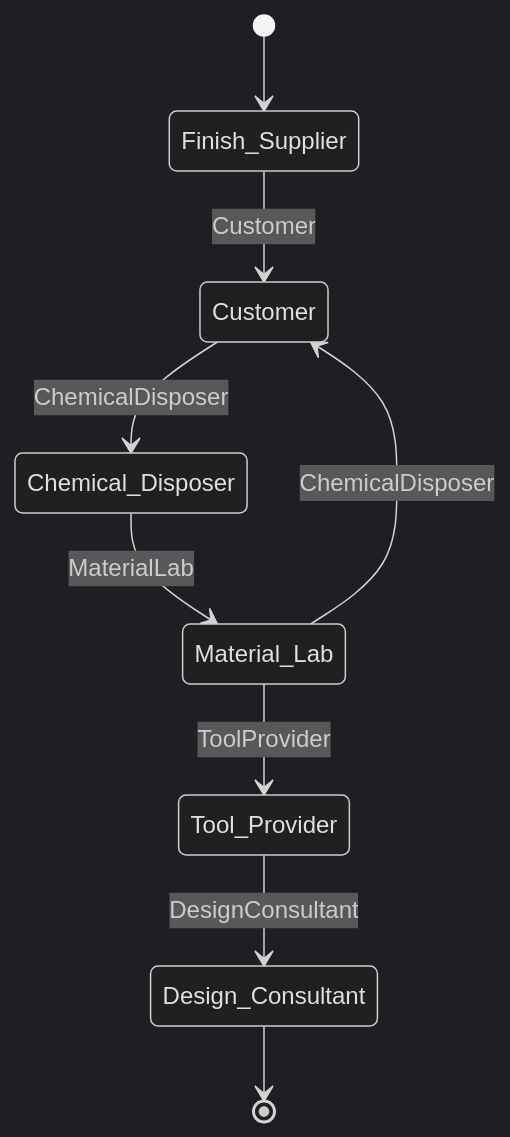
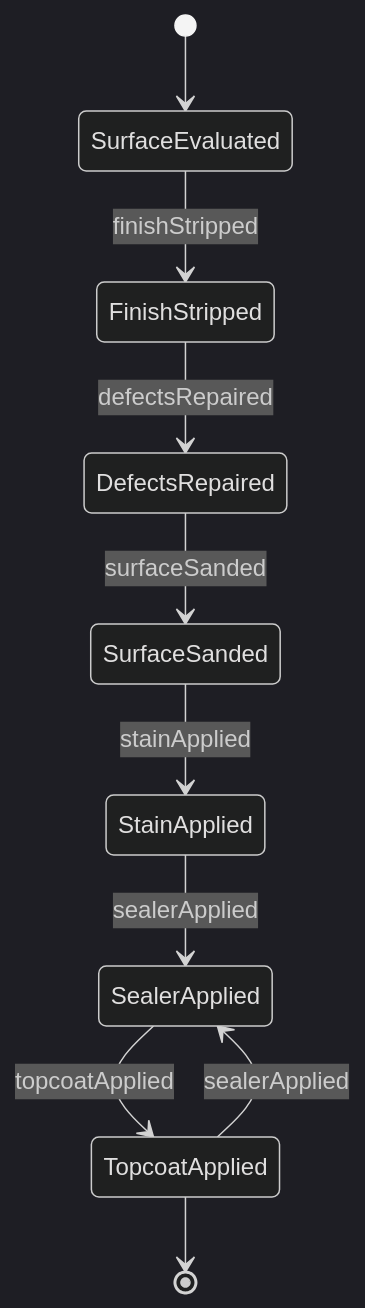
One commit to dot-org-ai/tasks.org.ai changed the second of 4 diagrams in HandlingAndMovingObjects/ApplyProtectiveSolutionsOrCoatings/RefinishWoodMetalSurfaces.mdx. Above: the diagram before and after it, drawn with Mermaid (dark theme). The commit also changed other lines of this file and 40 other files, not shown here.

First line of the commit message:
fix: Replace Actor-based ER and State diagrams with Entity/Event-based diagrams in 41 HandlingAndMovingObjects DWA files

````diff
--- a/HandlingAndMovingObjects/ApplyProtectiveSolutionsOrCoatings/RefinishWoodMetalSurfaces.mdx
+++ b/HandlingAndMovingObjects/ApplyProtectiveSolutionsOrCoatings/RefinishWoodMetalSurfaces.mdx
@@ -101,11 +99,12 @@
 ```mermaid
 stateDiagram-v2
-    [*] --> Finish_Supplier
-    Finish_Supplier --> Customer: Customer
-    Customer --> Chemical_Disposer: ChemicalDisposer
-    Chemical_Disposer --> Material_Lab: MaterialLab
-    Material_Lab --> Tool_Provider: ToolProvider
-    Tool_Provider --> Design_Consultant: DesignConsultant
-    Material_Lab --> Customer: ChemicalDisposer
-    Design_Consultant --> [*]
+    [*] --> SurfaceEvaluated
+    SurfaceEvaluated --> FinishStripped : finishStripped
+    FinishStripped --> DefectsRepaired : defectsRepaired
+    DefectsRepaired --> SurfaceSanded : surfaceSanded
+    SurfaceSanded --> StainApplied : stainApplied
+    StainApplied --> SealerApplied : sealerApplied
+    SealerApplied --> TopcoatApplied : topcoatApplied
+    TopcoatApplied --> SealerApplied : sealerApplied
+    TopcoatApplied --> [*]
 ```
````
